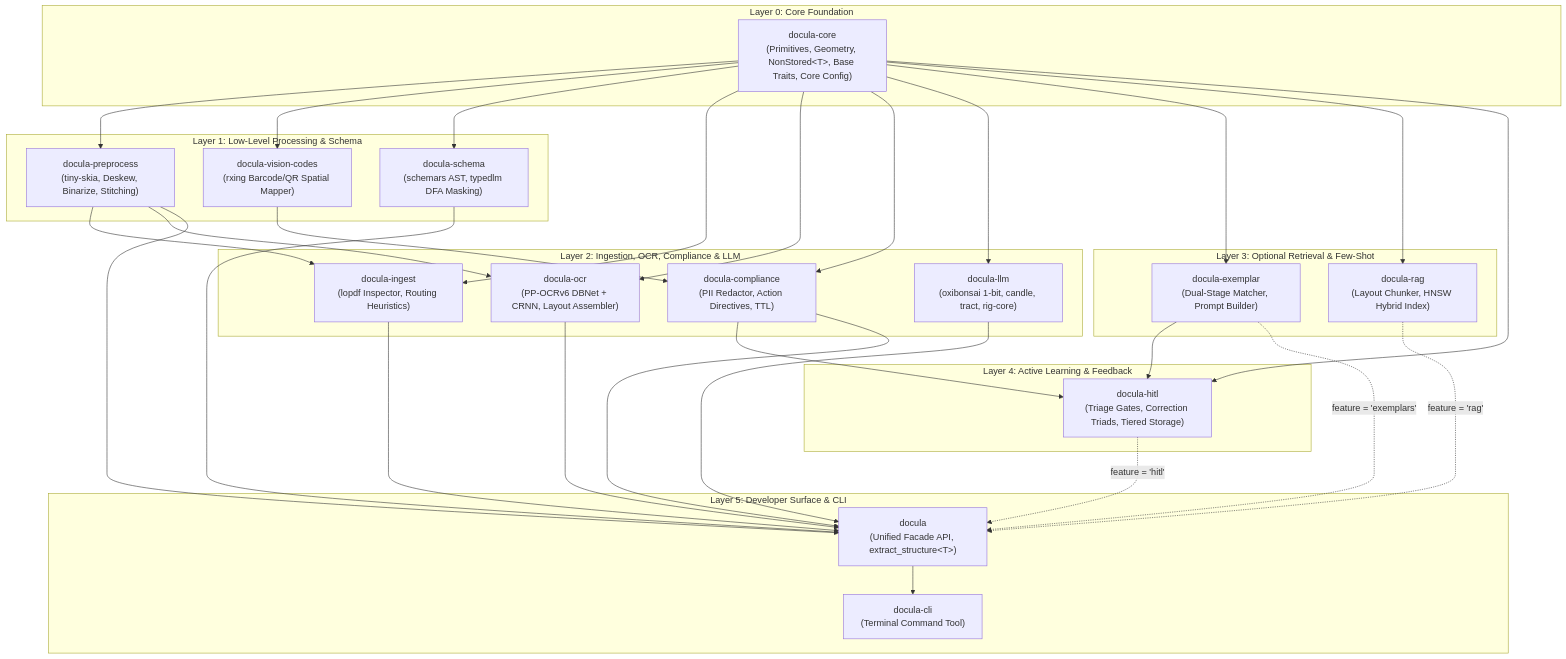
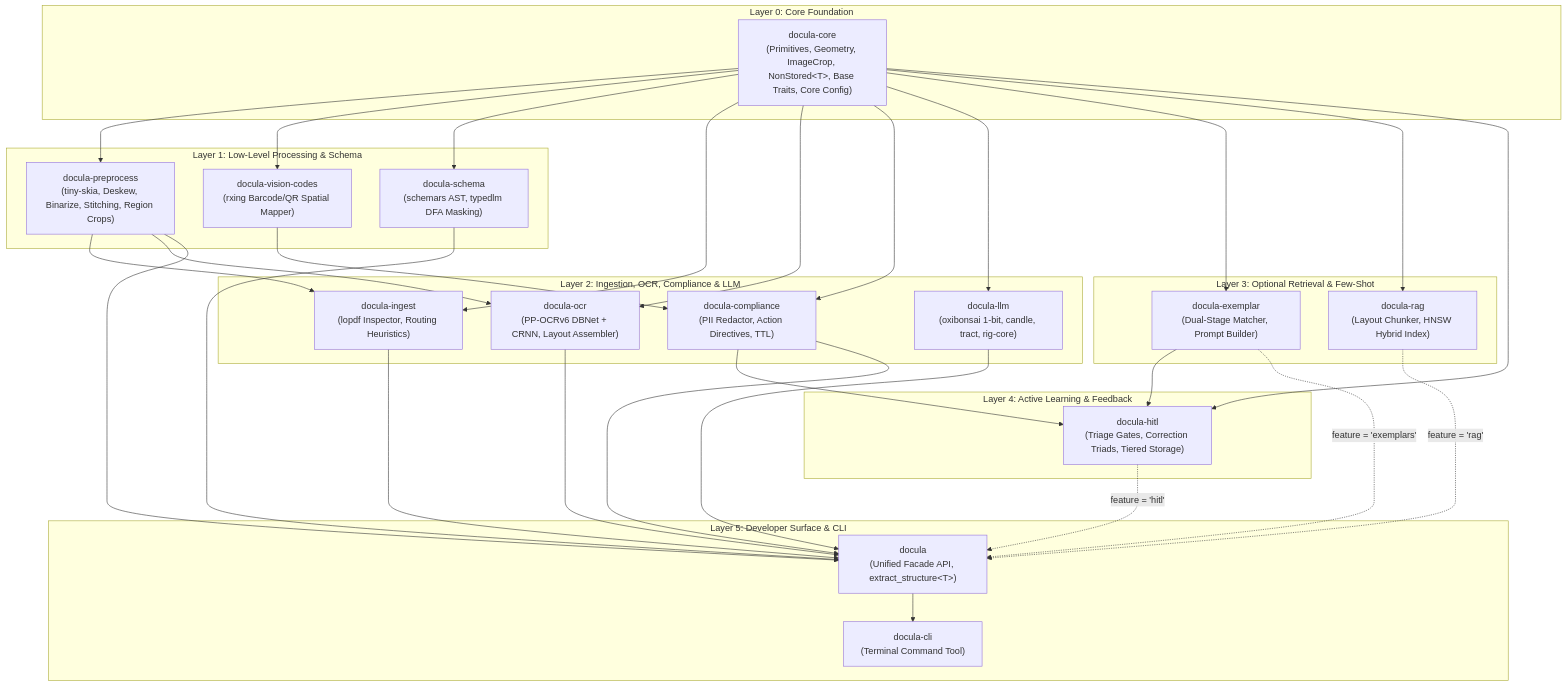
Before and after one commit to yasuomaidana/docula: the diagram in docs/02_DESIGN_PATTERNS_AND_ARCHITECTURE.md, drawn with Mermaid. The commit also changed other lines of this file and 15 other files, not shown here.

````diff
--- a/docs/02_DESIGN_PATTERNS_AND_ARCHITECTURE.md
+++ b/docs/02_DESIGN_PATTERNS_AND_ARCHITECTURE.md
@@ -11,67 +11,67 @@
 ```mermaid
 flowchart TD
     subgraph Layer0["Layer 0: Core Foundation"]
-        CORE["docula-core<br/>(Primitives, Geometry, NonStored&lt;T&gt;, Base Traits, Core Config)"]
+        CORE["docula-core<br/>(Primitives, Geometry, ImageCrop, NonStored&lt;T&gt;, Base Traits, Core Config)"]
     end
 
     subgraph Layer1["Layer 1: Low-Level Processing & Schema"]
-        PRE["docula-preprocess<br/>(tiny-skia, Deskew, Binarize, Stitching)"]
+        PRE["docula-preprocess<br/>(tiny-skia, Deskew, Binarize, Stitching, Region Crops)"]
         CODES["docula-vision-codes<br/>(rxing Barcode/QR Spatial Mapper)"]
         SCHEMA["docula-schema<br/>(schemars AST, typedlm DFA Masking)"]
     end
 
     subgraph Layer2["Layer 2: Ingestion, OCR, Compliance & LLM"]
         INGEST["docula-ingest<br/>(lopdf Inspector, Routing Heuristics)"]
         OCR["docula-ocr<br/>(PP-OCRv6 DBNet + CRNN, Layout Assembler)"]
         COMP["docula-compliance<br/>(PII Redactor, Action Directives, TTL)"]
         LLM["docula-llm<br/>(oxibonsai 1-bit, candle, tract, rig-core)"]
     end
 
     subgraph Layer3["Layer 3: Optional Retrieval & Few-Shot"]
         EXEMPLAR["docula-exemplar<br/>(Dual-Stage Matcher, Prompt Builder)"]
         RAG["docula-rag<br/>(Layout Chunker, HNSW Hybrid Index)"]
     end
 
     subgraph Layer4["Layer 4: Active Learning & Feedback"]
         HITL["docula-hitl<br/>(Triage Gates, Correction Triads, Tiered Storage)"]
     end
 
     subgraph Layer5["Layer 5: Developer Surface & CLI"]
         FACADE["docula<br/>(Unified Facade API, extract_structure&lt;T&gt;)"]
         CLI["docula-cli<br/>(Terminal Command Tool)"]
     end
 
     CORE --> PRE
     CORE --> CODES
     CORE --> SCHEMA
     
     CORE --> INGEST
     PRE --> INGEST
 
     CORE --> OCR
     PRE --> OCR
 
     CORE --> COMP
     CODES --> COMP
 
     CORE --> LLM
 
     CORE --> EXEMPLAR
     CORE --> RAG
 
     CORE --> HITL
     EXEMPLAR --> HITL
     COMP --> HITL
 
     INGEST --> FACADE
     PRE --> FACADE
     OCR --> FACADE
     SCHEMA --> FACADE
     LLM --> FACADE
     COMP --> FACADE
     EXEMPLAR -.->|feature = 'exemplars'| FACADE
     RAG -.->|feature = 'rag'| FACADE
     HITL -.->|feature = 'hitl'| FACADE
 
     FACADE --> CLI
 ```
````
